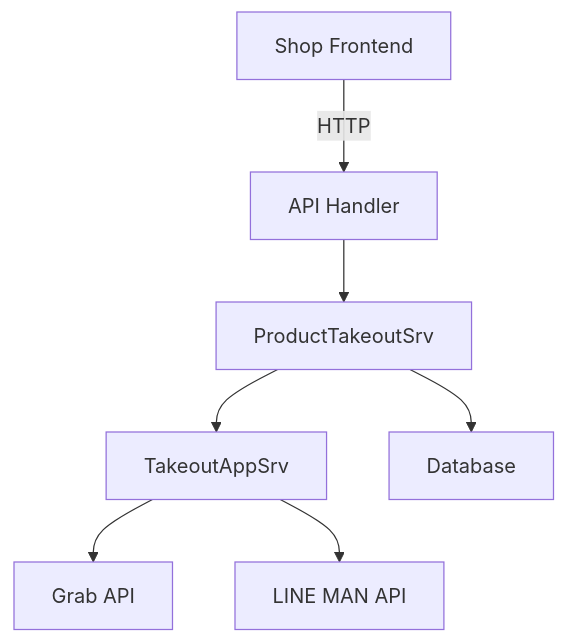
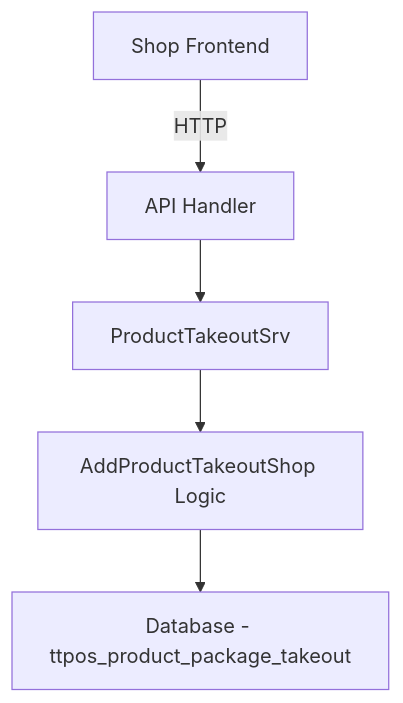
The first of 2 diagrams in docs/shared/specs/active/story-takeout-batch-create-products/design.md (hitosea/ttpos-server-go), drawn with Mermaid before and after one commit. The commit also changed other lines of this file and 4 other files, not shown here.

````diff
--- a/docs/shared/specs/active/story-takeout-batch-create-products/design.md
+++ b/docs/shared/specs/active/story-takeout-batch-create-products/design.md
@@ -103,9 +103,7 @@
 ```mermaid
 graph TD
     A[Shop Frontend] -->|HTTP| B[API Handler]
     B --> C[ProductTakeoutSrv]
-    C --> E[TakeoutAppSrv]
-    E --> G[Grab API]
-    E --> H[LINE MAN API]
-    C --> F[Database]
+    C --> D[AddProductTakeoutShop Logic]
+    D --> F[Database - ttpos_product_package_takeout]
 ```
````
